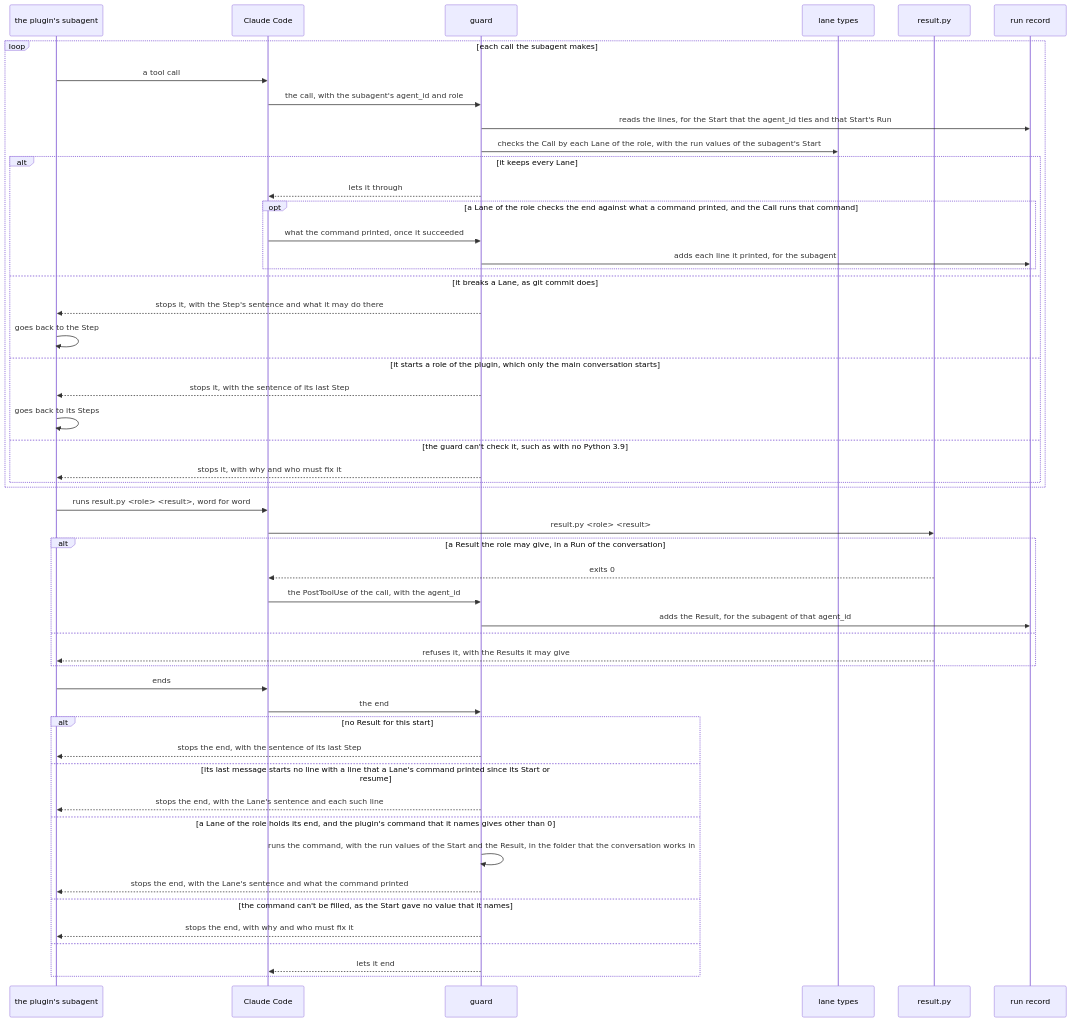
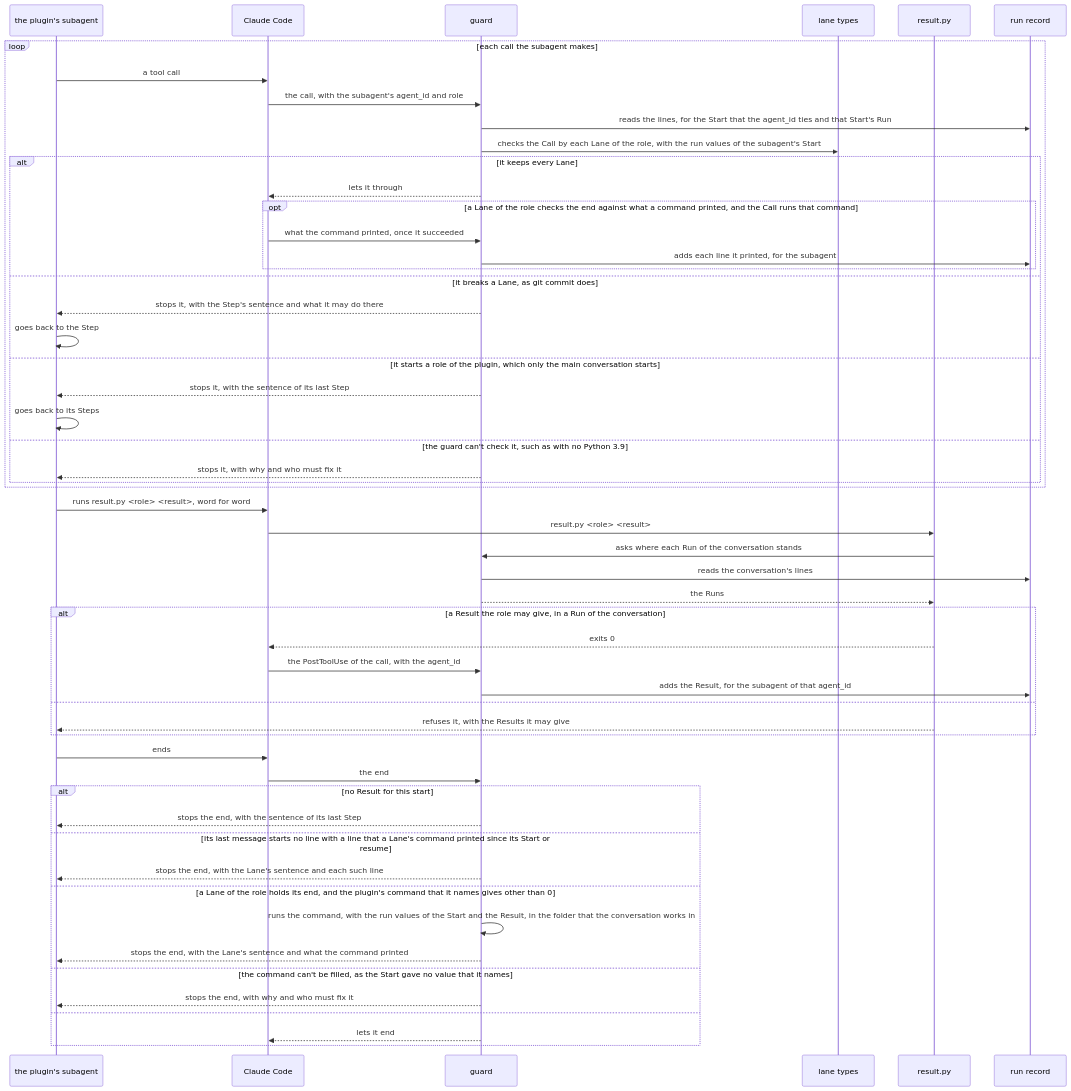
One commit to lovaizu/ccpm changed the sixth of 7 diagrams in dev/lane/architecture.md. Above: the diagram before and after it, drawn with Mermaid. The commit also changed other lines of this file and 19 other files, not shown here.

````diff
--- a/dev/lane/architecture.md
+++ b/dev/lane/architecture.md
@@ -638,53 +692,56 @@
 ```mermaid
 sequenceDiagram
   participant SA as the plugin's subagent
   participant CC as Claude Code
   participant G as guard
   participant T as lane types
   participant R as result.py
   participant RS as run record
   loop each call the subagent makes
     SA->>CC: a tool call
     CC->>G: the call, with the subagent's agent_id and role
     G->>RS: reads the lines, for the Start that the agent_id ties and that Start's Run
     G->>T: checks the Call by each Lane of the role, with the run values of the subagent's Start
     alt it keeps every Lane
       G-->>CC: lets it through
       opt a Lane of the role checks the end against what a command printed, and the Call runs that command
         CC->>G: what the command printed, once it succeeded
         G->>RS: adds each line it printed, for the subagent
       end
     else it breaks a Lane, as git commit does
       G-->>SA: stops it, with the Step's sentence and what it may do there
       SA->>SA: goes back to the Step
     else it starts a role of the plugin, which only the main conversation starts
       G-->>SA: stops it, with the sentence of its last Step
       SA->>SA: goes back to its Steps
     else the guard can't check it, such as with no Python 3.9
       G-->>SA: stops it, with why and who must fix it
     end
   end
   SA->>CC: runs result.py <role> <result>, word for word
   CC->>R: result.py <role> <result>
+  R->>G: asks where each Run of the conversation stands
+  G->>RS: reads the conversation's lines
+  G-->>R: the Runs
   alt a Result the role may give, in a Run of the conversation
     R-->>CC: exits 0
     CC->>G: the PostToolUse of the call, with the agent_id
     G->>RS: adds the Result, for the subagent of that agent_id
   else
     R-->>SA: refuses it, with the Results it may give
   end
   SA->>CC: ends
   CC->>G: the end
   alt no Result for this start
     G-->>SA: stops the end, with the sentence of its last Step
   else its last message starts no line with a line that a Lane's command printed since its Start or resume
     G-->>SA: stops the end, with the Lane's sentence and each such line
   else a Lane of the role holds its end, and the plugin's command that it names gives other than 0
     G->>G: runs the command, with the run values of the Start and the Result, in the folder that the conversation works in
     G-->>SA: stops the end, with the Lane's sentence and what the command printed
   else the command can't be filled, as the Start gave no value that it names
     G-->>SA: stops the end, with why and who must fix it
   else
     G-->>CC: lets it end
   end
 ```
````
